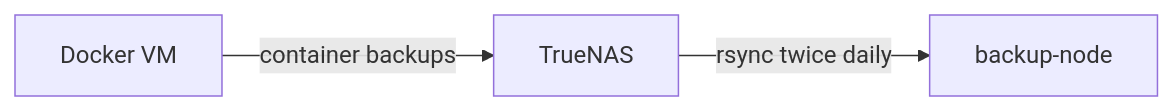
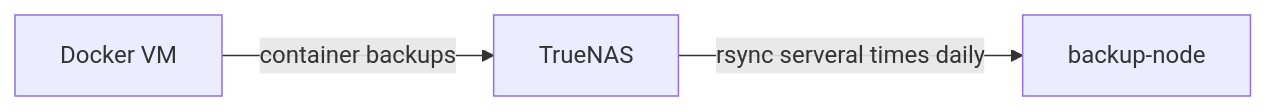
One commit to slowpoke1101/homelab changed the first of 2 diagrams in Architecture Overview/service-architecture.md. Above: the diagram before and after it, drawn with Mermaid.

````diff
--- a/Architecture Overview/service-architecture.md
+++ b/Architecture Overview/service-architecture.md
@@ -48,5 +48,5 @@
 ```mermaid
 flowchart LR
     Docker[Docker VM] -->|container backups| TrueNAS[TrueNAS]
-    TrueNAS -->|rsync twice daily| Backup[backup-node]
+    TrueNAS -->|rsync serveral times daily| Backup[backup-node]
 ```
````
